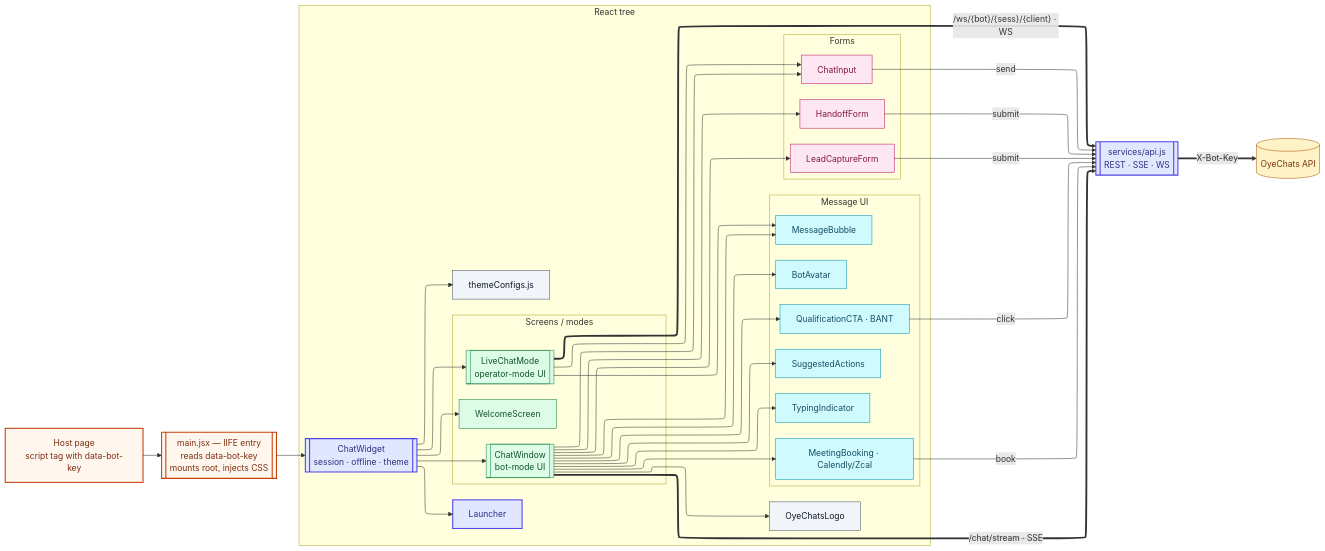
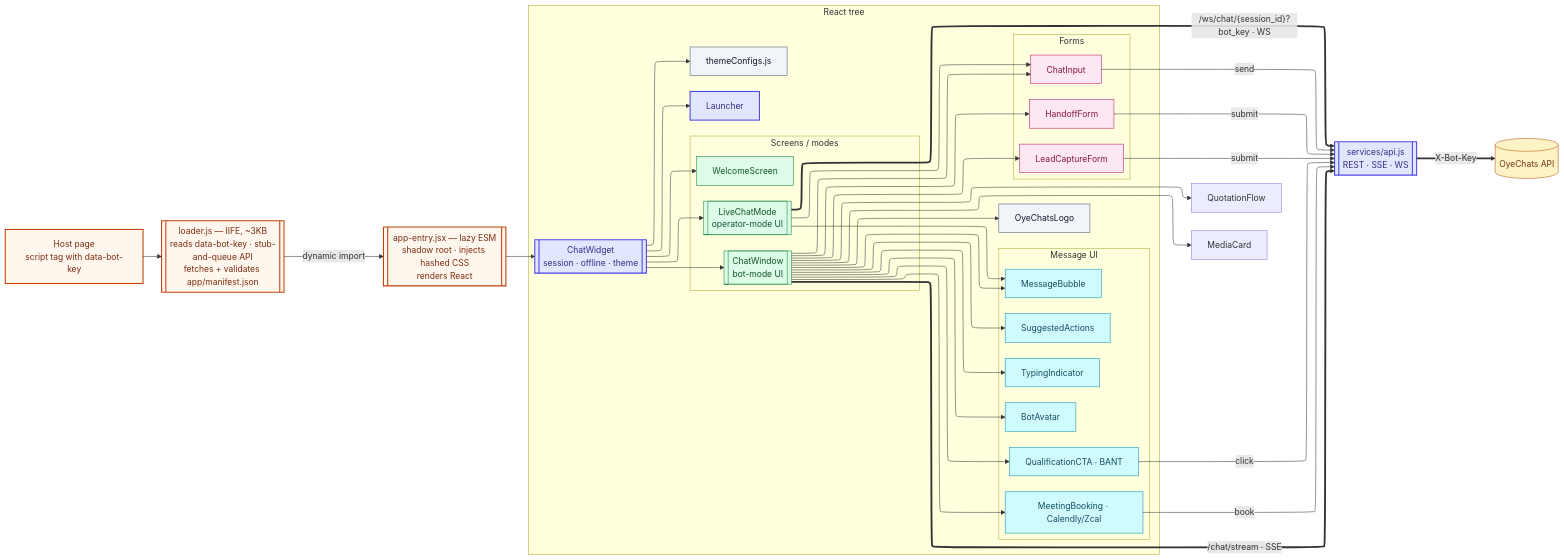
The first of 2 diagrams in docs/system-design/docs/02-architecture/components-widget.md (digibranders/oye-chats-platform), drawn with Mermaid before and after one commit. The commit also changed other lines of this file and 35 other files, not shown here.

First line of the commit message:
docs(system-design): the architecture site described a system two rewrites old

````diff
--- a/docs/system-design/docs/02-architecture/components-widget.md
+++ b/docs/system-design/docs/02-architecture/components-widget.md
@@ -11,79 +11,81 @@
 ```mermaid
 ---
 config:
   layout: elk
   flowchart:
     nodeSpacing: 45
     rankSpacing: 70
 ---
 flowchart LR
     classDef entry fill:#fff7ed,stroke:#c2410c,color:#7c2d12,stroke-width:2px
     classDef root fill:#e0e7ff,stroke:#4f46e5,color:#312e81,stroke-width:2px
     classDef screen fill:#dcfce7,stroke:#15803d,color:#14532d
     classDef msg fill:#cffafe,stroke:#0891b2,color:#164e63
     classDef form fill:#fce7f3,stroke:#be185d,color:#831843
     classDef util fill:#f1f5f9,stroke:#475569,color:#0f172a
     classDef ext fill:#fef3c7,stroke:#b45309,color:#78350f
 
     Host["Host page<br/>script tag with data-bot-key"]:::entry
-    Main[["main.jsx — IIFE entry<br/>reads data-bot-key<br/>mounts root, injects CSS"]]:::entry
+    Loader[["loader.js — IIFE, ~3KB<br/>reads data-bot-key · stub-and-queue API<br/>fetches + validates app/manifest.json"]]:::entry
+    Entry[["app-entry.jsx — lazy ESM<br/>shadow root · injects hashed CSS<br/>renders React"]]:::entry
 
     subgraph Tree["React tree"]
       direction TB
       ChatWidget[["ChatWidget<br/>session · offline · theme"]]:::root
       Launcher[Launcher]:::root
 
       subgraph Screens["Screens / modes"]
         direction TB
         WelcomeScreen[WelcomeScreen]:::screen
         ChatWindow[["ChatWindow<br/>bot-mode UI"]]:::screen
         LiveChatMode[["LiveChatMode<br/>operator-mode UI"]]:::screen
       end
 
       subgraph Msgs["Message UI"]
         direction TB
         MessageBubble[MessageBubble]:::msg
         TypingIndicator[TypingIndicator]:::msg
         SuggestedActions[SuggestedActions]:::msg
         QualificationCTA[QualificationCTA · BANT]:::msg
         MeetingBooking[MeetingBooking · Calendly/Zcal]:::msg
         BotAvatar[BotAvatar]:::msg
       end
 
       subgraph Forms["Forms"]
         direction TB
         ChatInput[ChatInput]:::form
         HandoffForm[HandoffForm]:::form
         LeadCaptureForm[LeadCaptureForm]:::form
       end
 
       themeConfigs[themeConfigs.js]:::util
       OyeChatsLogo[OyeChatsLogo]:::util
     end
 
     api[["services/api.js<br/>REST · SSE · WS"]]:::root
     Backend[("OyeChats API")]:::ext
 
-    Host --> Main --> ChatWidget
+    Host --> Loader -- "dynamic import" --> Entry --> ChatWidget
     ChatWidget --> Launcher
     ChatWidget --> WelcomeScreen
     ChatWidget --> ChatWindow
     ChatWidget --> LiveChatMode
     ChatWidget --> themeConfigs
 
     ChatWindow --> MessageBubble & TypingIndicator & SuggestedActions
     ChatWindow --> QualificationCTA & MeetingBooking & BotAvatar
     ChatWindow --> ChatInput & HandoffForm & LeadCaptureForm
     ChatWindow --> OyeChatsLogo
+    ChatWindow --> QuotationFlow & MediaCard
     LiveChatMode --> MessageBubble
     LiveChatMode --> ChatInput
 
     ChatInput -- "send" --> api
     HandoffForm -- "submit" --> api
     LeadCaptureForm -- "submit" --> api
     QualificationCTA -- "click" --> api
     MeetingBooking -- "book" --> api
     ChatWindow == "/chat/stream · SSE" ==> api
-    LiveChatMode == "/ws/{bot}/{sess}/{client} · WS" ==> api
+    LiveChatMode == "/ws/chat/{session_id}?bot_key · WS" ==> api
     api == "X-Bot-Key" ==> Backend
 ```
````
